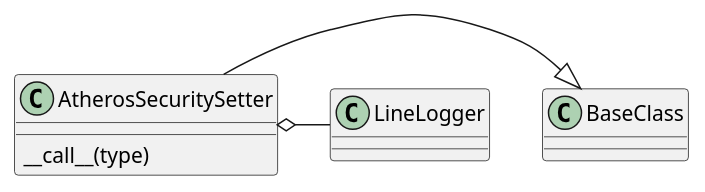
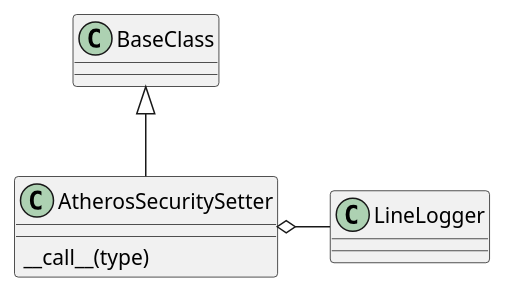
The fourth of 6 diagrams in apcommand/accesspoints/atheros.rst (russell-n/apcommand), drawn with PlantUML before and after one commit. The commit also changed other lines of this file and 74 other files, not shown here.

```diff
--- a/apcommand/accesspoints/atheros.rst
+++ b/apcommand/accesspoints/atheros.rst
@@ -105,5 +165,6 @@
 .. uml::
 
-   AtherosSecuritySetter -|> BaseClass
+
+   BaseClass <|-- AtherosSecuritySetter
    AtherosSecuritySetter o- LineLogger
    AtherosSecuritySetter : __call__(type)
```
